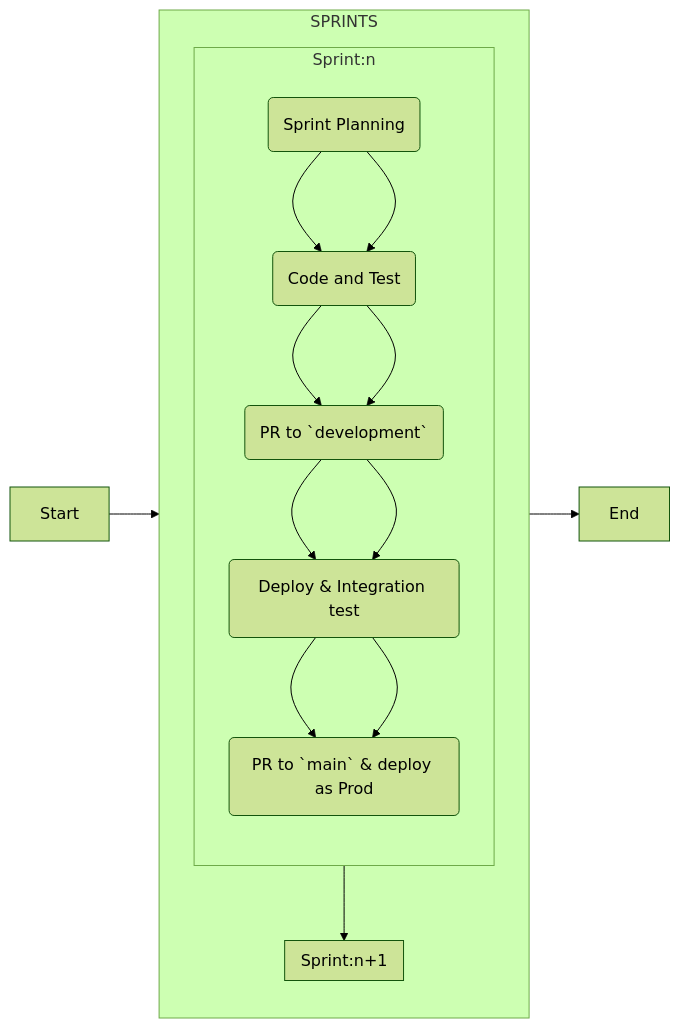
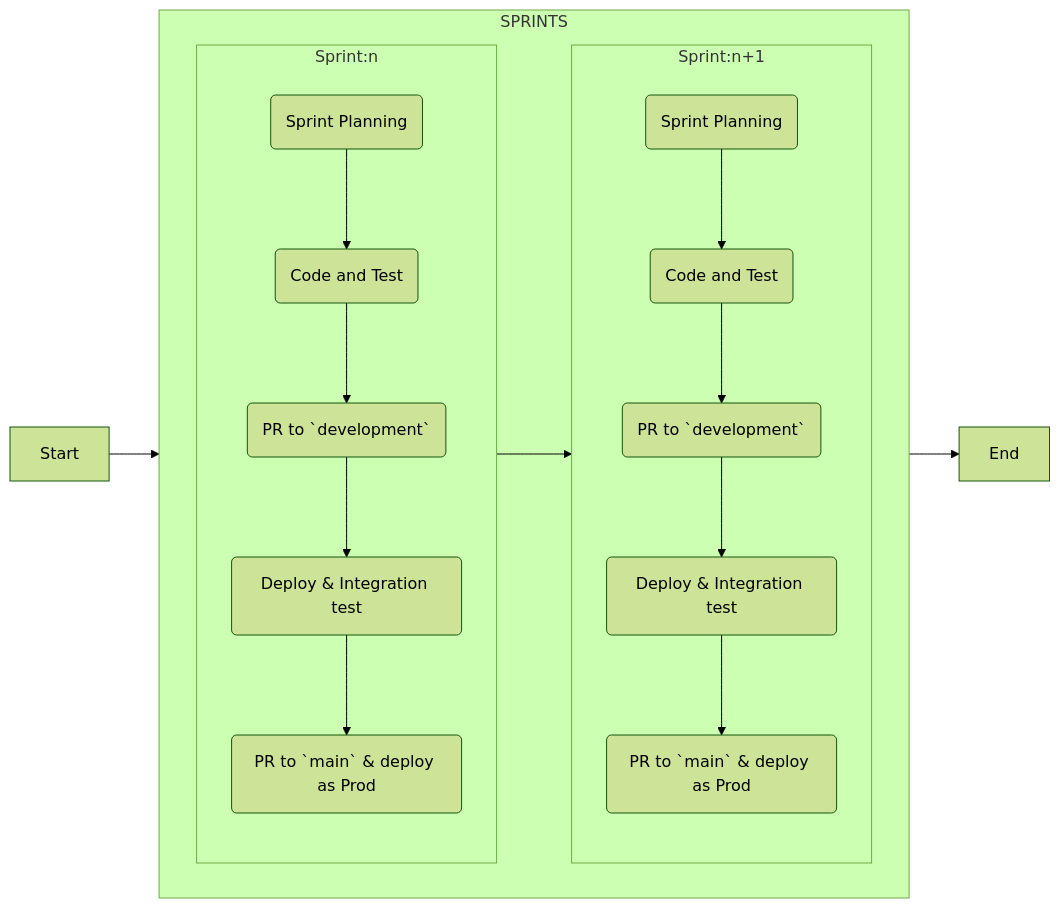
One commit to chingu-voyages/Handbook changed the diagram in docs/resources/techresources/appdeployment.md. Above: the diagram before and after it, drawn with Mermaid (forest theme).

Commit message:
Feature: Add deployement workflow diagram

````diff
--- a/docs/resources/techresources/appdeployment.md
+++ b/docs/resources/techresources/appdeployment.md
@@ -87,21 +87,22 @@
 ```mermaid
   flowchart LR
     subgraph SPRINTS
+      direction LR
       subgraph Sprint:n
         direction TB
-          a("Sprint Planning") --> b("Code and Test")
-          b --> c("PR to `development`")
-          c --> d("Deploy & Integration test")
-          d --> e("PR to `main` & deploy as Prod")
+          s1a("Sprint Planning") --> s1b("Code and Test")
+          s1b --> s1c("PR to `development`")
+          s1c --> s1d("Deploy & Integration test")
+          s1d --> s1e("PR to `main` & deploy as Prod")
       end
       subgraph Sprint:n+1
         direction TB
-          a("Sprint Planning") --> b("Code and Test")
-          b --> c("PR to `development`")
-          c --> d("Deploy & Integration test")
-          d --> e("PR to `main` & deploy as Prod")
+          s2a("Sprint Planning") --> s2b("Code and Test")
+          s2b --> s2c("PR to `development`")
+          s2c --> s2d("Deploy & Integration test")
+          s2d --> s2e("PR to `main` & deploy as Prod")
       end
       Sprint:n --> Sprint:n+1
     end
   Start --> SPRINTS --> End
 ```
````
